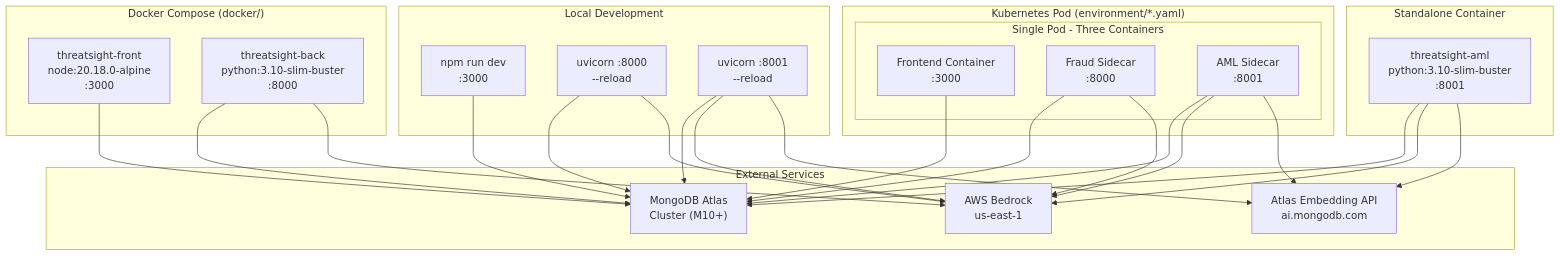
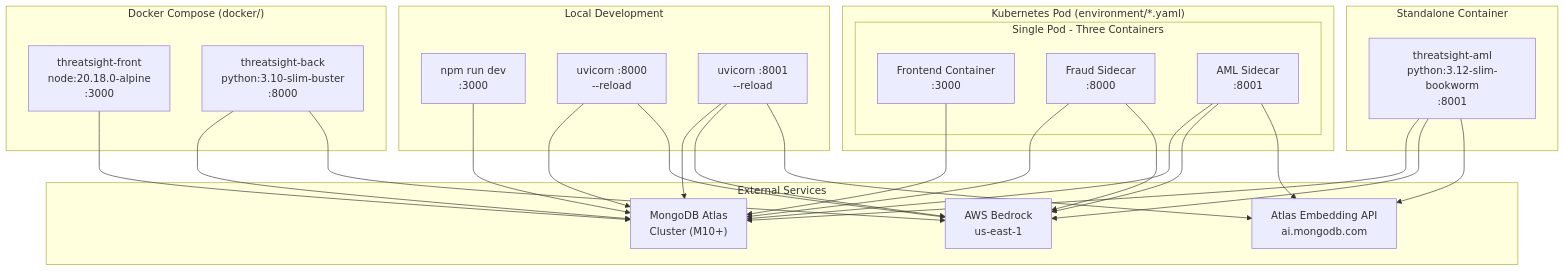
Before and after one commit to mongodb-industry-solutions/fsi-aml-fraud-detection: the fifth of 6 diagrams in docs/SOLUTION_ARCHITECTURE.md, drawn with Mermaid. The commit also changed 6 other files, not shown here.

````diff
--- a/docs/SOLUTION_ARCHITECTURE.md
+++ b/docs/SOLUTION_ARCHITECTURE.md
@@ -402,53 +402,53 @@
 ```mermaid
 flowchart TB
     subgraph Internet["External Services"]
         MongoAtlas["MongoDB Atlas<br/>Cluster (M10+)"]
         AWSBedrock["AWS Bedrock<br/>us-east-1"]
         AtlasEmbed["Atlas Embedding API<br/>ai.mongodb.com"]
     end
 
     subgraph LocalDev["Local Development"]
         FrontendDev["npm run dev<br/>:3000"]
         FraudDev["uvicorn :8000<br/>--reload"]
         AMLDev["uvicorn :8001<br/>--reload"]
     end
 
     subgraph DockerCompose["Docker Compose (docker/)"]
         FrontendContainer["threatsight-front<br/>node:20.18.0-alpine<br/>:3000"]
         FraudContainer["threatsight-back<br/>python:3.10-slim-buster<br/>:8000"]
     end
 
     subgraph StandaloneDocker["Standalone Container"]
-        AMLContainer["threatsight-aml<br/>python:3.10-slim-buster<br/>:8001"]
+        AMLContainer["threatsight-aml<br/>python:3.12-slim-bookworm<br/>:8001"]
     end
 
     subgraph KubernetesPod["Kubernetes Pod (environment/*.yaml)"]
         subgraph UnifiedPod["Single Pod - Three Containers"]
             K8sFrontend["Frontend Container<br/>:3000"]
             K8sFraud["Fraud Sidecar<br/>:8000"]
             K8sAML["AML Sidecar<br/>:8001"]
         end
     end
 
     FrontendDev --> MongoAtlas
     FraudDev --> MongoAtlas
     FraudDev --> AWSBedrock
     AMLDev --> MongoAtlas
     AMLDev --> AWSBedrock
     AMLDev --> AtlasEmbed
 
     FrontendContainer --> MongoAtlas
     FraudContainer --> MongoAtlas
     FraudContainer --> AWSBedrock
 
     AMLContainer --> MongoAtlas
     AMLContainer --> AWSBedrock
     AMLContainer --> AtlasEmbed
 
     K8sFrontend --> MongoAtlas
     K8sFraud --> MongoAtlas
     K8sFraud --> AWSBedrock
     K8sAML --> MongoAtlas
     K8sAML --> AWSBedrock
     K8sAML --> AtlasEmbed
 ```
````
